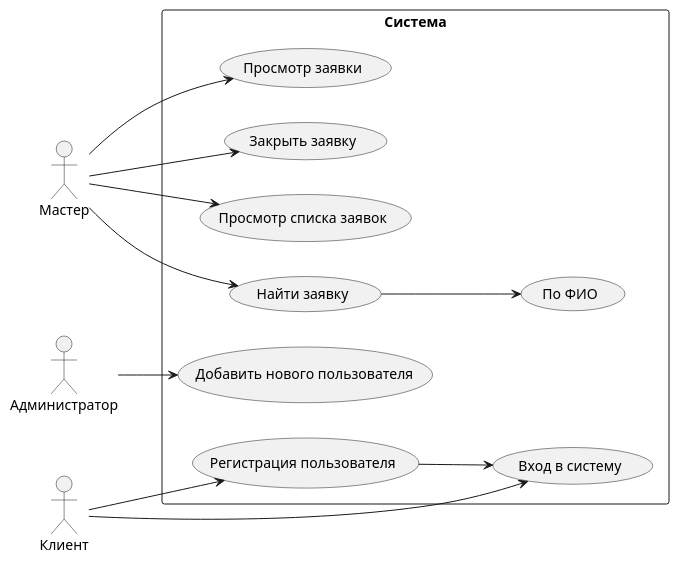
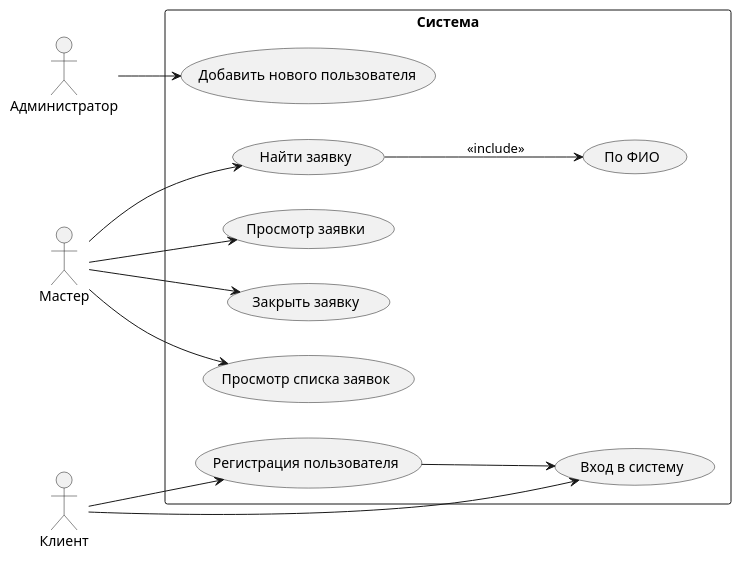
Before and after one commit to KostinNikita130481406/lab2GIT: the diagram in uml - diogram.puml, drawn with PlantUML.

Commit message:
Добавлены подписи include

```diff
--- a/uml - diogram.puml
+++ b/uml - diogram.puml
@@ -1,32 +1,32 @@
 @startuml
 left to right direction
 skinparam packageStyle rectangle
 actor "Мастер" as Master
 actor "Клиент" as Client
 actor "Администратор" as Admin
 
 package "Система" {
 
     usecase "Просмотр списка заявок" as UC_Viewing_list_application
     usecase "Найти заявку" as UC_Find_application
     usecase "Просмотр заявки" as UC_Viewing_application
     usecase "Закрыть заявку" as US_closing_application
     usecase "По ФИО" as US_Name
 
     usecase "Регистрация пользователя" as US_Registr
     usecase "Вход в систему" as US_Enter_sistem
 
     usecase "Добавить нового пользователя" as US_New_client
 }
 Master --> UC_Viewing_list_application
 Master --> UC_Find_application
 Master --> UC_Viewing_application
 Master --> US_closing_application
-UC_Find_application --> US_Name
+UC_Find_application --> US_Name:<<include>>
 
 Client --> US_Registr
 US_Registr --> US_Enter_sistem
 Client --> US_Enter_sistem
 
 Admin --> US_New_client
 @end
```
